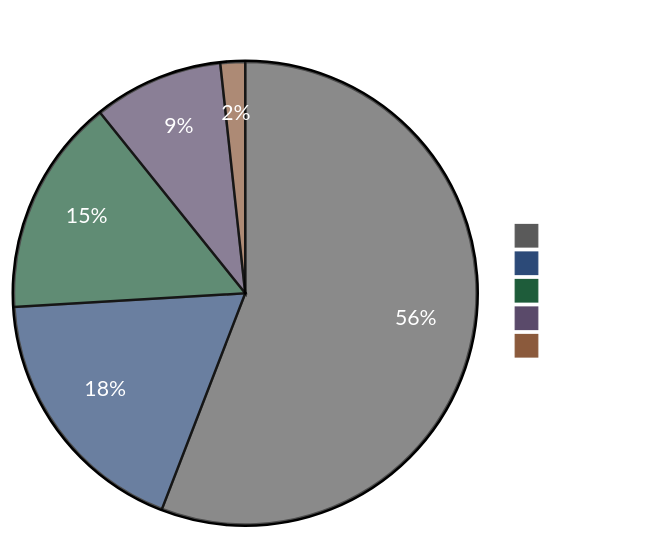
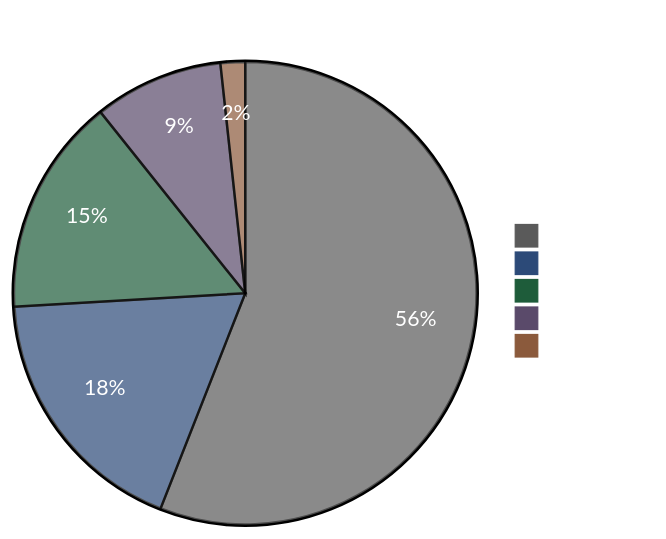
Before and after one commit to ccmeteorljh/reco-arxiv-daily: the diagram in README.md, drawn with Mermaid. The commit also changed other lines of this file and 7 other files, not shown here.

````diff
--- a/README.md
+++ b/README.md
@@ -6,19 +6,19 @@
 ```mermaid
 %%{init: {'theme':'base', 'themeVariables': {
   'pie1':'#5a5a5a',
   'pie2':'#2c4a78',
   'pie3':'#1e5c3a',
   'pie4':'#5a4a6a',
   'pie5':'#8b5a3c',
   'pieTitleTextColor':'#ffffff',
   'pieSectionTextColor':'#ffffff',
   'pieLegendTextColor':'#ffffff'
 }}}%%
 pie showData
 title Paper Distribution by Tag
-  "Other" : 648
+  "Other" : 652
   "LLM" : 211
-  "GR" : 176
+  "GR" : 177
   "Seq" : 105
   "Scaling" : 20
 ```
````
